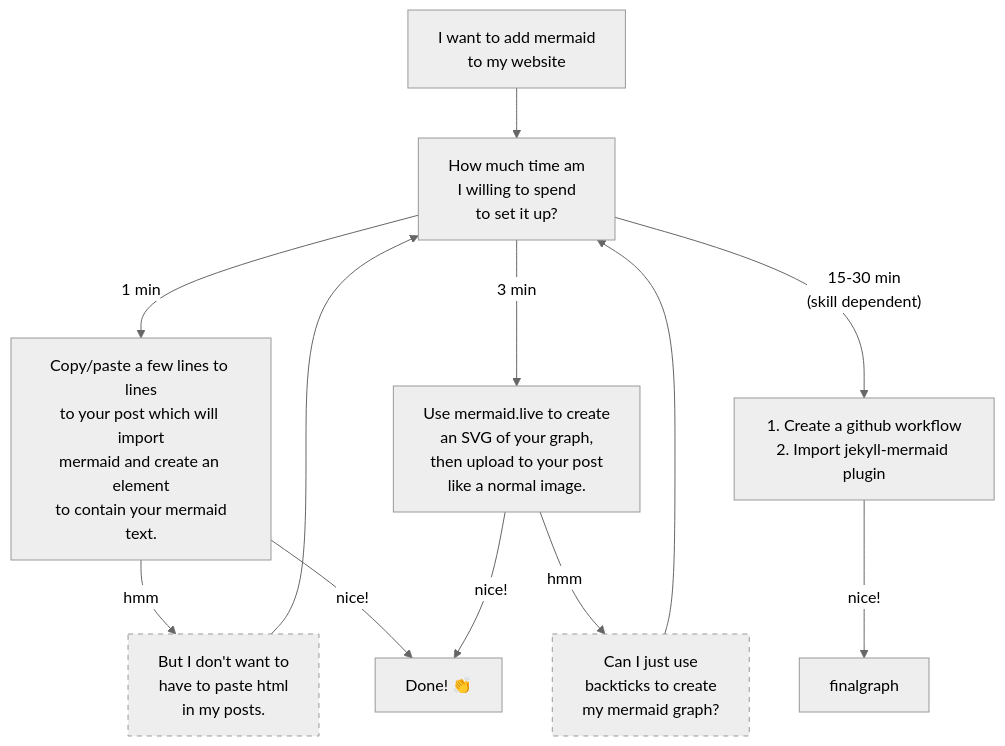
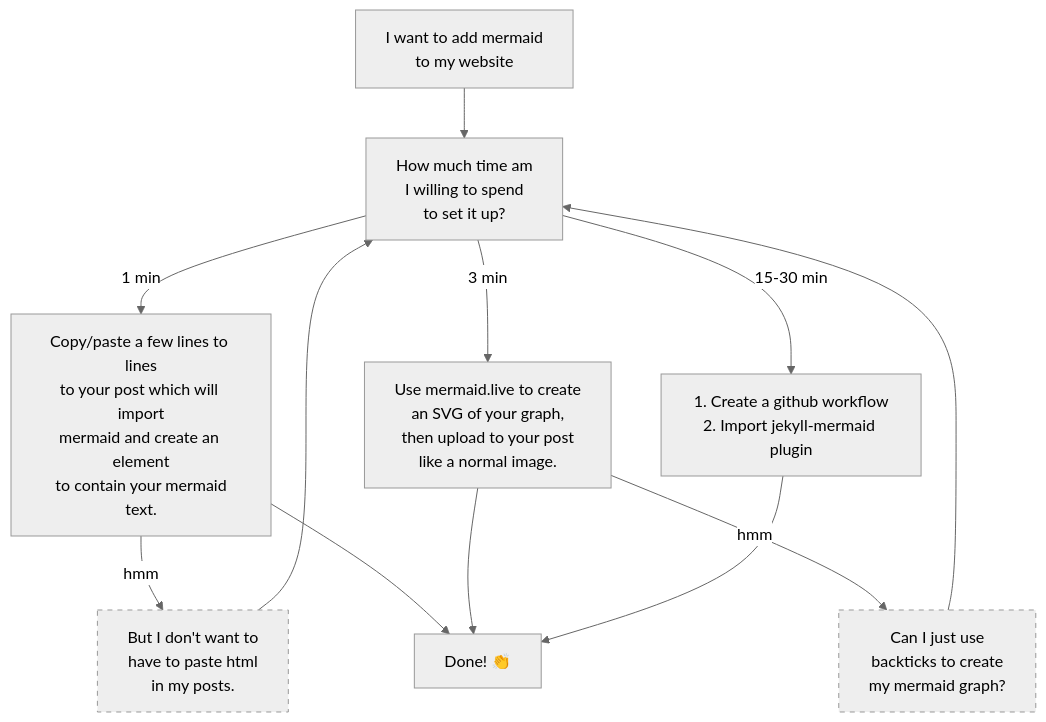
One commit to tristan-white/no-style-please changed the first of 2 diagrams in _posts/2024-06-26-mermaid-on-static-sites.md. Above: the diagram before and after it, drawn with Mermaid (neutral theme). The commit also changed other lines of this file, not shown here.

Commit message:
finished mermaid article

```diff
--- a/_posts/2024-06-26-mermaid-on-static-sites.md
+++ b/_posts/2024-06-26-mermaid-on-static-sites.md
@@ -11,28 +6,27 @@
 <pre class="mermaid">
-
 graph TD
     start["I want to add mermaid<br>to my website"]
     time[How much time am<br>I willing to spend<br>to set it up?]
     easy[Copy/paste a few lines to lines<br>to your post which will import<br>mermaid and create an element<br> to contain your mermaid text.]
     after_medium[Can I just use<br>backticks to create<br>my mermaid graph?]
     style after_medium stroke-dasharray: 5
     medium[Use mermaid.live to create<br>an SVG of your graph,<br>then upload to your post<br>like a normal image.]
     after_easy[But I don't want to<br>have to paste html<br>in my posts.]
     style after_easy stroke-dasharray: 5
     hard[1. Create a github workflow<br>2. Import jekyll-mermaid plugin]
     final[Done! 👏<br>]
 
     start --> time
 
     time -- 1 min --> easy
     time -- 3 min --> medium
-    time -- 15-30 min<br>(skill dependent) --> hard
+    time -- 15-30 min --> hard
 
     easy -- hmm --> after_easy --> time
-    easy -- nice! --> final
+    easy --> final
 
     medium -- hmm --> after_medium --> time
-    medium -- nice! --> final
+    medium --> final
 
-    hard -- nice! --> finalgraph
+    hard --> final
 </pre>
```
